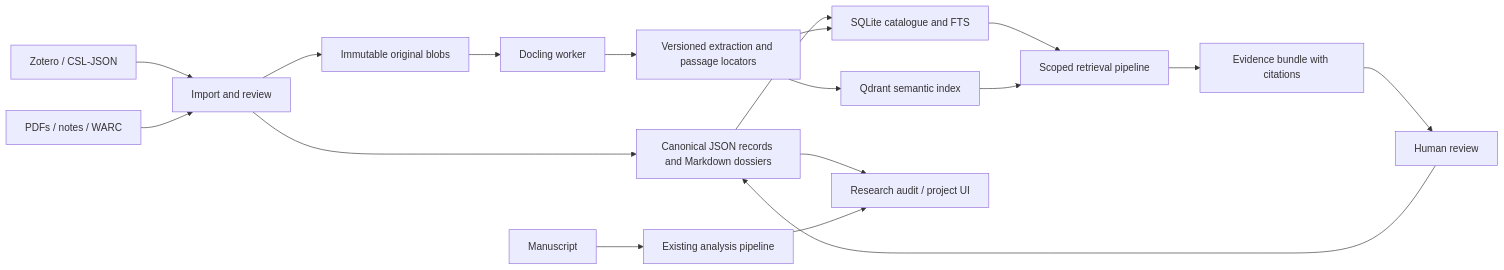
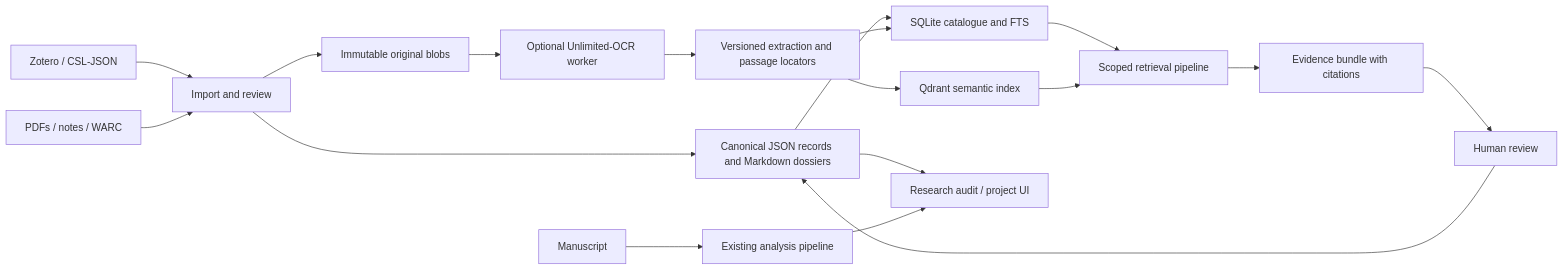
The first of 2 diagrams in docs/research/README.md (mfahsold/lixity), drawn with Mermaid before and after one commit. The commit also changed other lines of this file and 45 other files, not shown here.

````diff
--- a/docs/research/README.md
+++ b/docs/research/README.md
@@ -171,20 +193,20 @@
 ```mermaid
 flowchart LR
     Z[Zotero / CSL-JSON] --> I[Import and review]
     F[PDFs / notes / WARC] --> I
     I --> R[Canonical JSON records and Markdown dossiers]
     I --> B[Immutable original blobs]
-    B --> D[Docling worker]
+    B --> D[Optional Unlimited-OCR worker]
     D --> X[Versioned extraction and passage locators]
     R --> C[SQLite catalogue and FTS]
     X --> C
     X --> Q[Qdrant semantic index]
     C --> S[Scoped retrieval pipeline]
     Q --> S
     S --> E[Evidence bundle with citations]
     E --> H[Human review]
     H --> R
     R --> A[Research audit / project UI]
     M[Manuscript] --> P[Existing analysis pipeline]
     P --> A
 ```
````
